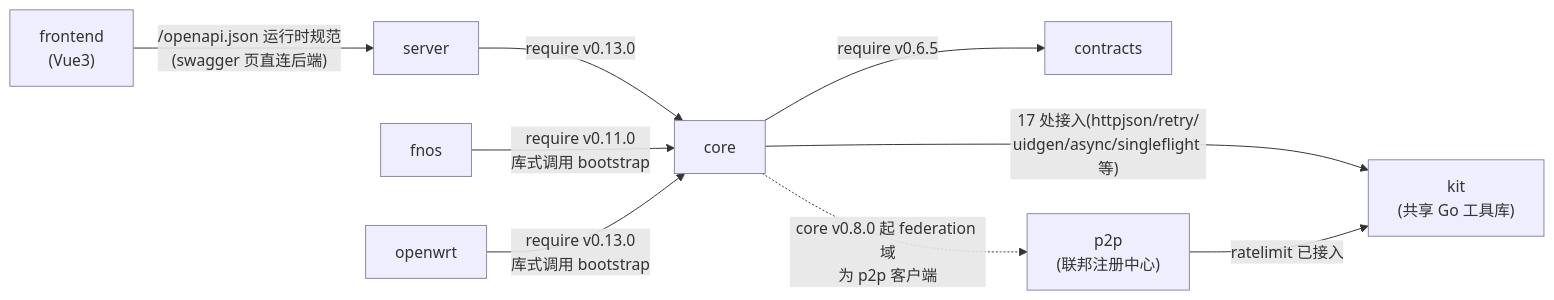
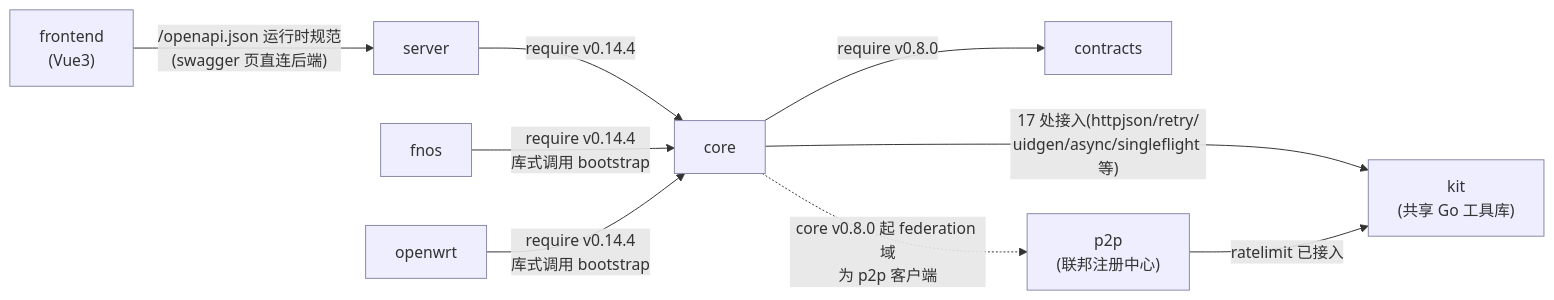
One commit to filescodebox/FilesCodeBox changed the second of 9 diagrams in docs/architecture.md. Above: the diagram before and after it, drawn with Mermaid. The commit also changed other lines of this file and 4 other files, not shown here.

Commit message:
docs: 文档对码 2026-10-07 列车(版本矩阵/安装示例/chart 2.0 表述/contracts v0.8.0)

````diff
--- a/docs/architecture.md
+++ b/docs/architecture.md
@@ -47,16 +47,16 @@
 ```mermaid
 graph LR
     FE["frontend<br/>(Vue3)"] -->|"/openapi.json 运行时规范<br/>(swagger 页直连后端)"| SRV["server"]
-    SRV -->|"require v0.13.0"| CORE["core"]
-    FNOS["fnos"] -->|"require v0.11.0<br/>库式调用 bootstrap"| CORE
-    OWRT["openwrt"] -->|"require v0.13.0<br/>库式调用 bootstrap"| CORE
-    CORE -->|"require v0.6.5"| CTX["contracts"]
+    SRV -->|"require v0.14.4"| CORE["core"]
+    FNOS["fnos"] -->|"require v0.14.4<br/>库式调用 bootstrap"| CORE
+    OWRT["openwrt"] -->|"require v0.14.4<br/>库式调用 bootstrap"| CORE
+    CORE -->|"require v0.8.0"| CTX["contracts"]
     P2P["p2p<br/>(联邦注册中心)"]
     CORE -.->|"core v0.8.0 起 federation 域<br/>为 p2p 客户端"| P2P
     KIT["kit<br/>(共享 Go 工具库)"]
     CORE -->|"17 处接入(httpjson/retry/<br/>uidgen/async/singleflight 等)"| KIT
     P2P -->|"ratelimit 已接入"| KIT
 
     classDef plain fill:#eef,stroke:#88a
     class CTX,CORE,SRV,FE,FNOS,OWRT,P2P,KIT plain
 ```
````
